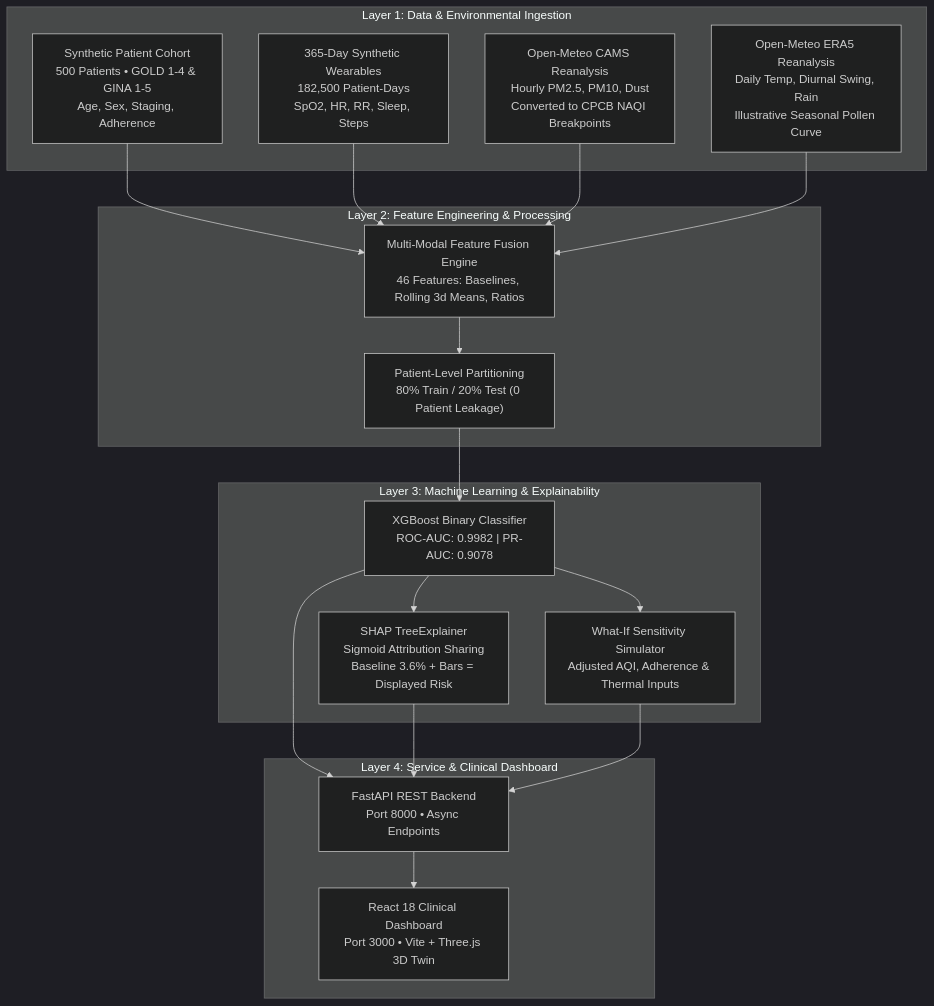
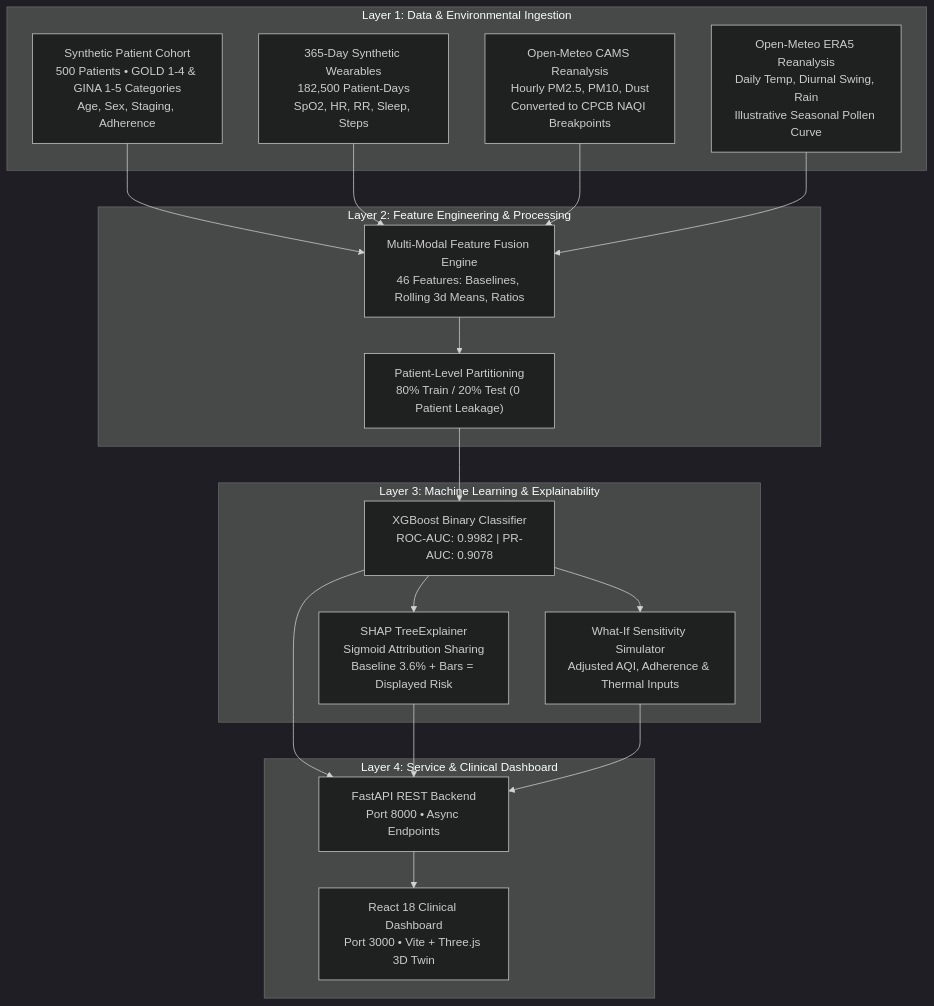
The second of 2 diagrams in README.md (MonalikaDoda/PulmoTwin), drawn with Mermaid (dark theme) before and after one commit. The commit also changed other lines of this file and 5 other files, not shown here.

Commit message:
Clarify lead-time detection rules vs day recall, update GOLD/GINA wording, add flare frequency and dust hazard limitations, mark Step 3 optional, and add Assets & Credits for lungs.glb and Open-Meteo

````diff
--- a/README.md
+++ b/README.md
@@ -112,38 +120,38 @@
 ```mermaid
 flowchart TD
     subgraph Layer1["Layer 1: Data & Environmental Ingestion"]
-        EHR["Synthetic Patient Cohort<br/>500 Patients • GOLD 1-4 & GINA 1-5<br/>Age, Sex, Staging, Adherence"]
+        EHR["Synthetic Patient Cohort<br/>500 Patients • GOLD 1-4 & GINA 1-5 Categories<br/>Age, Sex, Staging, Adherence"]
         WEAR["365-Day Synthetic Wearables<br/>182,500 Patient-Days<br/>SpO2, HR, RR, Sleep, Steps"]
         CAMS["Open-Meteo CAMS Reanalysis<br/>Hourly PM2.5, PM10, Dust<br/>Converted to CPCB NAQI Breakpoints"]
         ERA5["Open-Meteo ERA5 Reanalysis<br/>Daily Temp, Diurnal Swing, Rain<br/>Illustrative Seasonal Pollen Curve"]
     end
 
     subgraph Layer2["Layer 2: Feature Engineering & Processing"]
         FUSE["Multi-Modal Feature Fusion Engine<br/>46 Features: Baselines, Rolling 3d Means, Ratios"]
         SPLIT["Patient-Level Partitioning<br/>80% Train / 20% Test (0 Patient Leakage)"]
     end
 
     subgraph Layer3["Layer 3: Machine Learning & Explainability"]
         XGB["XGBoost Binary Classifier<br/>ROC-AUC: 0.9982 | PR-AUC: 0.9078"]
         SHAP["SHAP TreeExplainer<br/>Sigmoid Attribution Sharing<br/>Baseline 3.6% + Bars = Displayed Risk"]
         WHATIF["What-If Sensitivity Simulator<br/>Adjusted AQI, Adherence & Thermal Inputs"]
     end
 
     subgraph Layer4["Layer 4: Service & Clinical Dashboard"]
         API["FastAPI REST Backend<br/>Port 8000 • Async Endpoints"]
         DASH["React 18 Clinical Dashboard<br/>Port 3000 • Vite + Three.js 3D Twin"]
     end
 
     EHR --> FUSE
     WEAR --> FUSE
     CAMS --> FUSE
     ERA5 --> FUSE
     FUSE --> SPLIT
     SPLIT --> XGB
     XGB --> SHAP
     XGB --> WHATIF
     XGB --> API
     SHAP --> API
     WHATIF --> API
     API --> DASH
 ```
````
